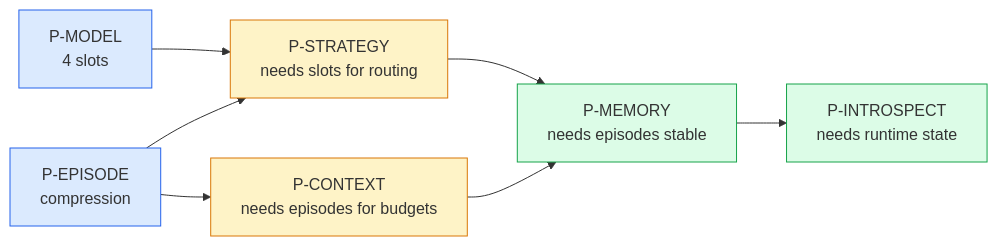
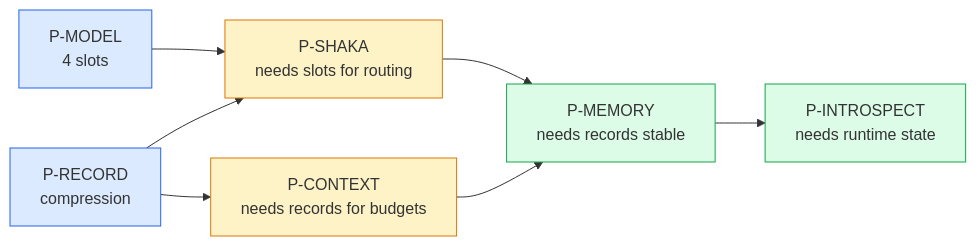
Diagram 23 of 23 in docs/brainstorm/nika-evolution/11-nika-030-technical-reference.md (supernovae-st/nika), drawn with Mermaid before and after one commit. The commit also changed other lines of this file and 12 other files, not shown here.

````diff
--- a/docs/brainstorm/nika-evolution/11-nika-030-technical-reference.md
+++ b/docs/brainstorm/nika-evolution/11-nika-030-technical-reference.md
@@ -1558,16 +1558,16 @@
 ```mermaid
 flowchart LR
-    PM["P-MODEL\n4 slots"] --> PS["P-STRATEGY\nneeds slots for routing"]
-    PE["P-EPISODE\ncompression"] --> PS
-    PE --> PC["P-CONTEXT\nneeds episodes for budgets"]
-    PS --> PMEM["P-MEMORY\nneeds episodes stable"]
+    PM["P-MODEL\n4 slots"] --> PS["P-SHAKA\nneeds slots for routing"]
+    PE["P-RECORD\ncompression"] --> PS
+    PE --> PC["P-CONTEXT\nneeds records for budgets"]
+    PS --> PMEM["P-MEMORY\nneeds records stable"]
     PC --> PMEM
     PMEM --> PI["P-INTROSPECT\nneeds runtime state"]
 
     style PM fill:#dbeafe,stroke:#2563eb
     style PE fill:#dbeafe,stroke:#2563eb
     style PS fill:#fef3c7,stroke:#d97706
     style PC fill:#fef3c7,stroke:#d97706
     style PMEM fill:#dcfce7,stroke:#16a34a
     style PI fill:#dcfce7,stroke:#16a34a
 ```
````
